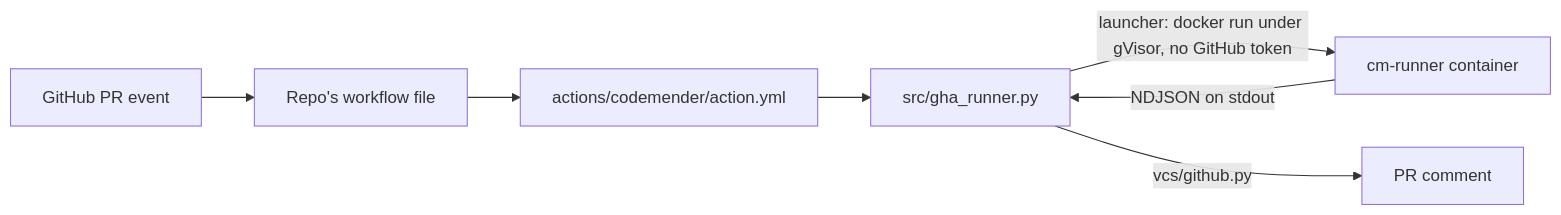
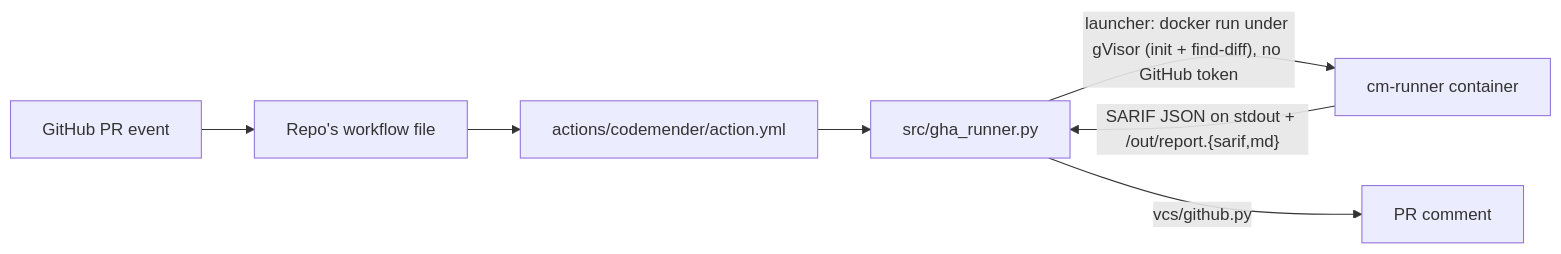
Before and after one commit to avnit/codemender-runner-mcp: the diagram in github-actions/README.md, drawn with Mermaid. The commit also changed other lines of this file and 10 other files, not shown here.

First line of the commit message:
feat(github-actions): integrate cm-runner init and find-diff for M1 PR scans. (#39)

````diff
--- a/github-actions/README.md
+++ b/github-actions/README.md
@@ -13,9 +15,9 @@
 ```mermaid
 flowchart LR
     gh["GitHub PR event"] --> wf["Repo's workflow file"]
     wf --> action["actions/codemender/action.yml"]
     action --> runner["src/gha_runner.py"]
-    runner -->|"launcher: docker run under gVisor, no GitHub token"| cm["cm-runner container"]
-    cm -->|"NDJSON on stdout"| runner
+    runner -->|"launcher: docker run under gVisor (init + find-diff), no GitHub token"| cm["cm-runner container"]
+    cm -->|"SARIF JSON on stdout + /out/report.{sarif,md}"| runner
     runner -->|"vcs/github.py"| pr["PR comment"]
 ```
````
